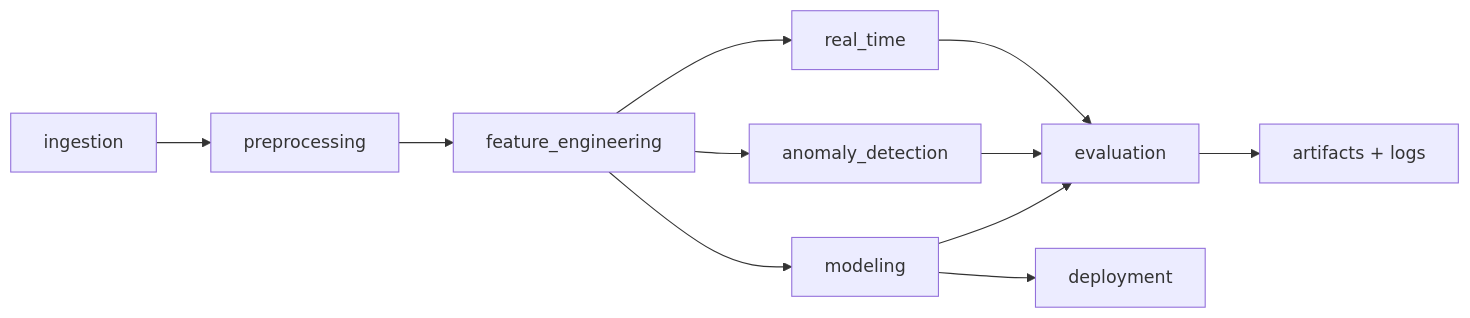
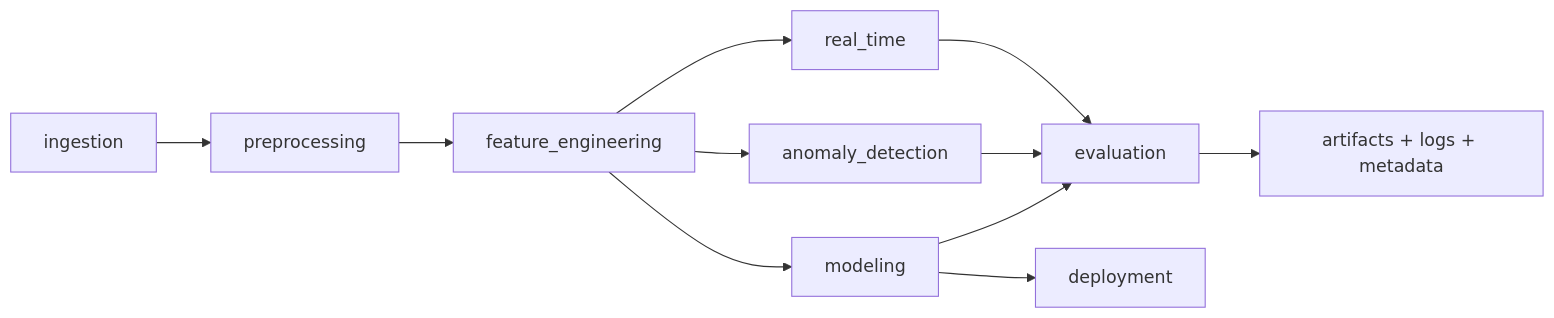
One commit to RaviTejaMedarametla/data-analysis-for-hospitals changed the diagram in README.md. Above: the diagram before and after it, drawn with Mermaid. The commit also changed other lines of this file and 14 other files, not shown here.

````diff
--- a/README.md
+++ b/README.md
@@ -7,13 +7,13 @@
 ```mermaid
 flowchart LR
     A[ingestion] --> B[preprocessing]
     B --> C[feature_engineering]
     C --> D[modeling]
     C --> E[anomaly_detection]
     C --> F[real_time]
     D --> G[evaluation]
     E --> G
     F --> G
     D --> H[deployment]
-    G --> I[artifacts + logs]
+    G --> I[artifacts + logs + metadata]
 ```
````
